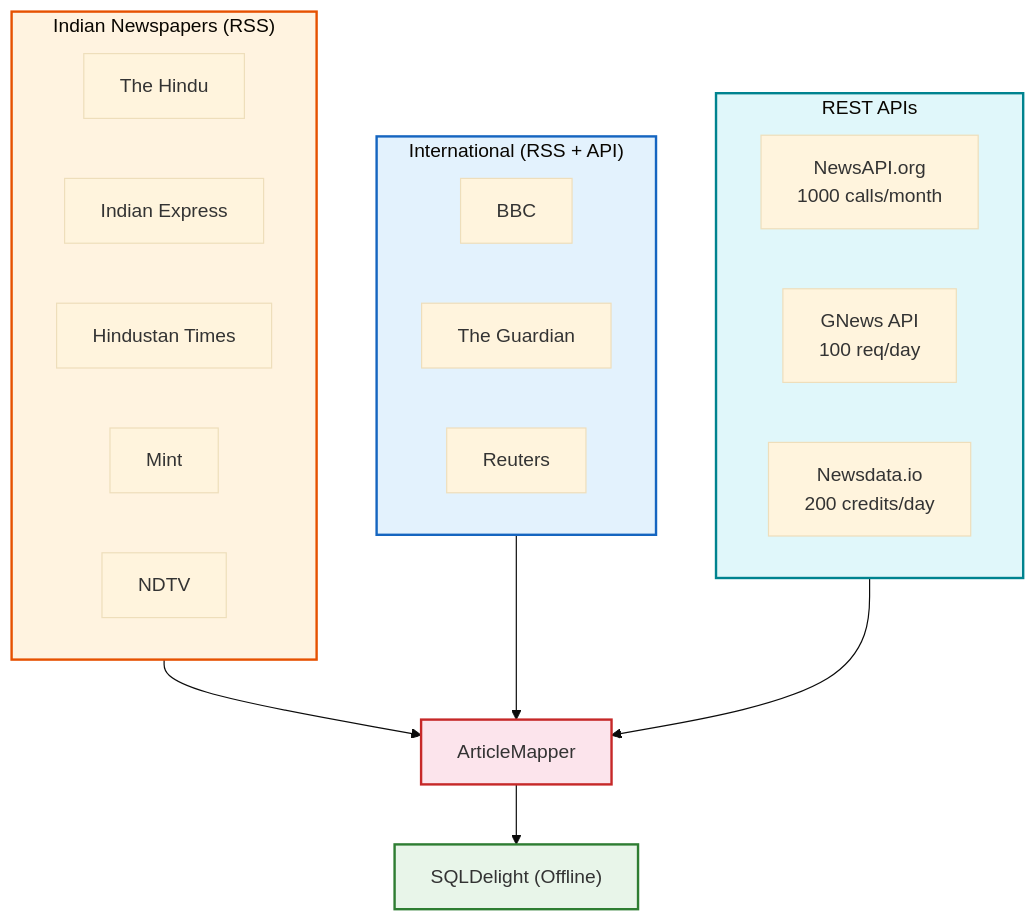
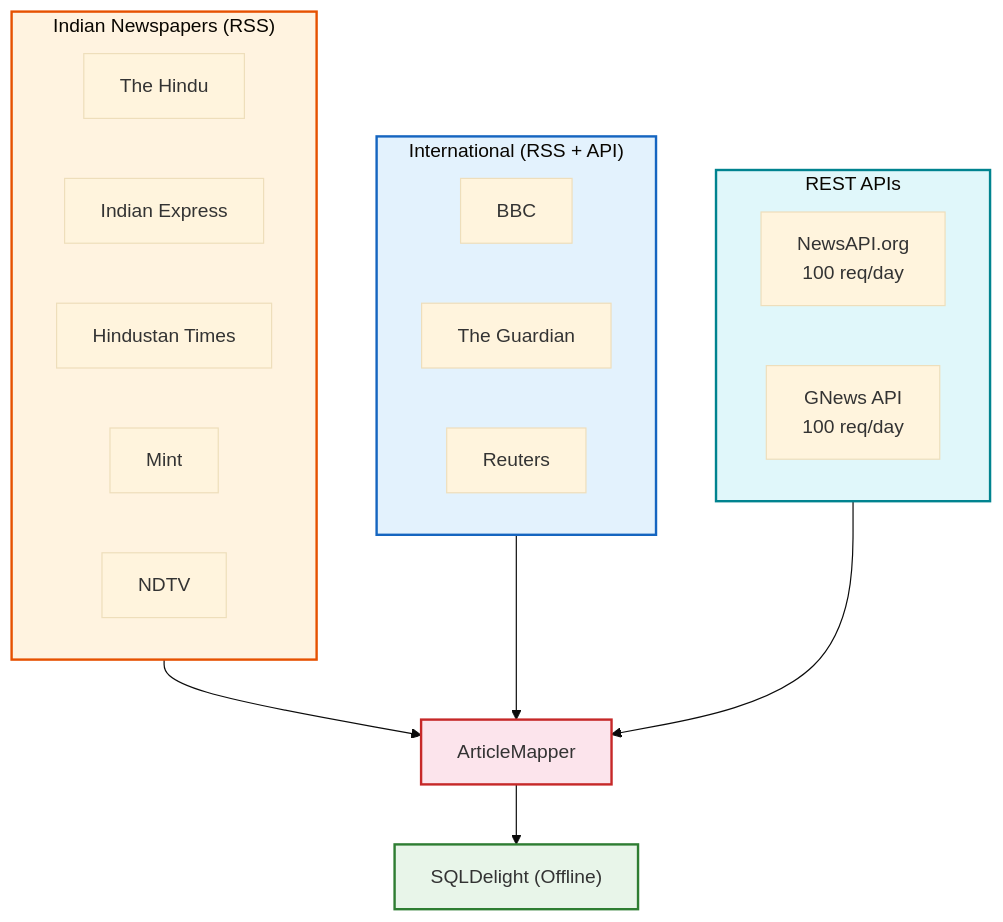
Before and after one commit to RandhirGupta/PaperwalaApp: the ninth of 10 diagrams in ARCHITECTURE.md, drawn with Mermaid. The commit also changed other lines of this file and 15 other files, not shown here.

First line of the commit message:
Secure API keys, remove Newsdata, interactive settings, fix article link & images

````diff
--- a/ARCHITECTURE.md
+++ b/ARCHITECTURE.md
@@ -284,34 +283,33 @@
 ```mermaid
 %%{init: {'theme': 'base', 'themeVariables': {'fontSize': '16px'}}}%%
 graph TD
     subgraph Indian["Indian Newspapers (RSS)"]
         Hindu["The Hindu"]
         Express["Indian Express"]
         HT["Hindustan Times"]
         Mint["Mint"]
         NDTV["NDTV"]
     end
 
     subgraph International["International (RSS + API)"]
         BBC["BBC"]
         Guardian["The Guardian"]
         Reuters["Reuters"]
     end
 
     subgraph APIs["REST APIs"]
-        NewsAPI["NewsAPI.org<br/>1000 calls/month"]
+        NewsAPI["NewsAPI.org<br/>100 req/day"]
         GNews["GNews API<br/>100 req/day"]
-        Newsdata["Newsdata.io<br/>200 credits/day"]
     end
 
     Indian --> Mapper["ArticleMapper"]
     International --> Mapper
     APIs --> Mapper
     Mapper --> DB["SQLDelight (Offline)"]
 
     style Indian fill:#FFF3E0,stroke:#E65100,stroke-width:2px
     style International fill:#E3F2FD,stroke:#1565C0,stroke-width:2px
     style APIs fill:#E0F7FA,stroke:#00838F,stroke-width:2px
     style Mapper fill:#FCE4EC,stroke:#C62828,stroke-width:2px
     style DB fill:#E8F5E9,stroke:#2E7D32,stroke-width:2px
 ```
````
